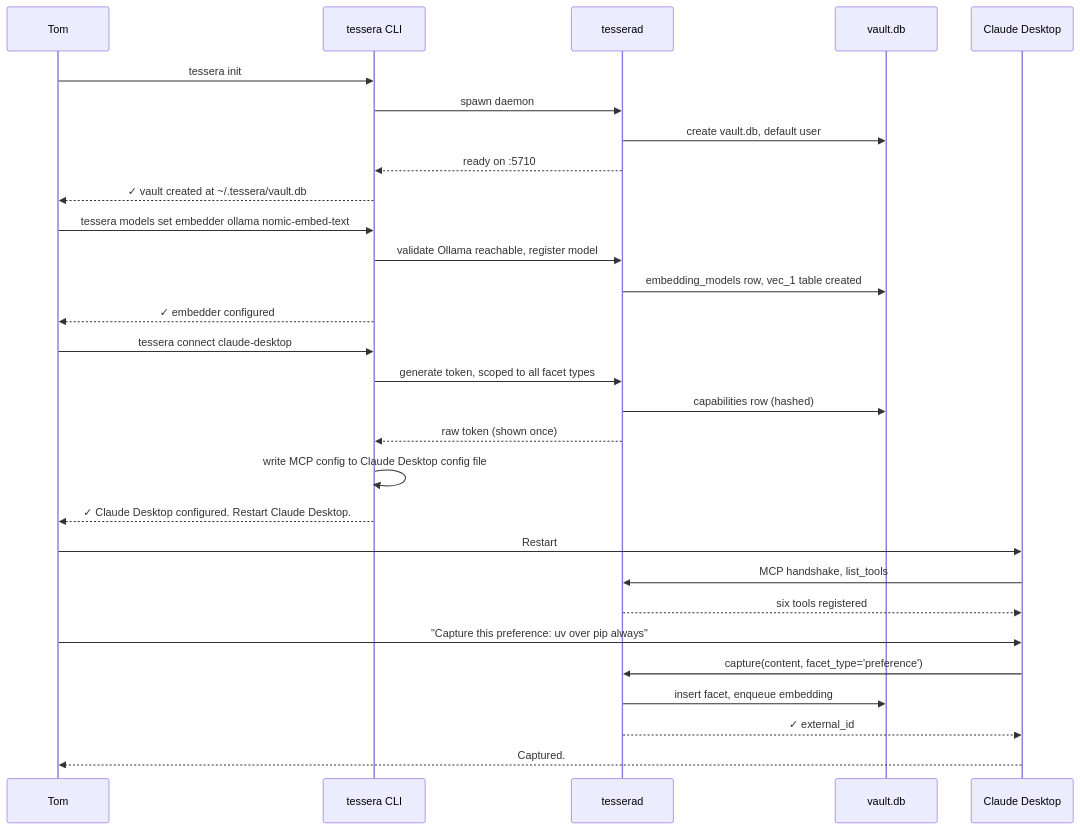
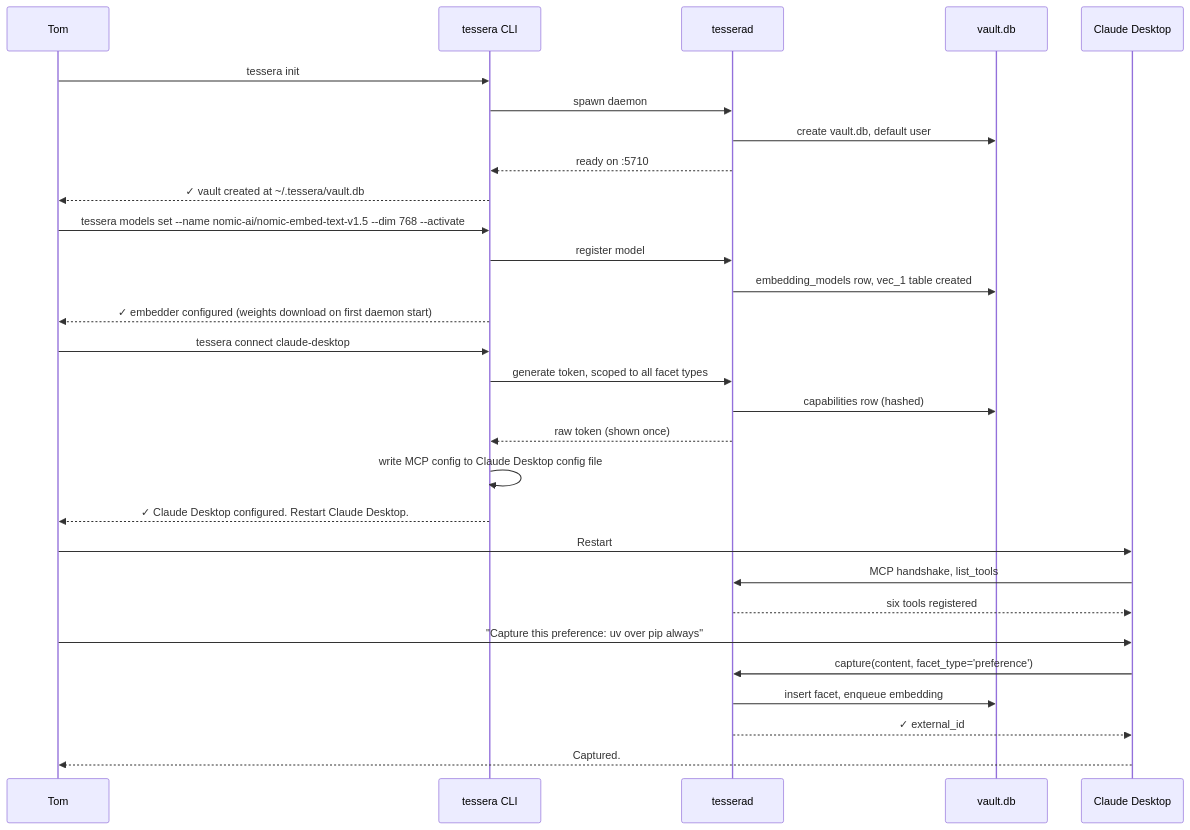
Before and after one commit to Mathews-Tom/Tessera: the fifth of 8 diagrams in docs/system-design.md, drawn with Mermaid. The commit also changed other lines of this file and 25 other files, not shown here.

````diff
--- a/docs/system-design.md
+++ b/docs/system-design.md
@@ -344,36 +340,36 @@
 ```mermaid
 sequenceDiagram
   participant User as Tom
   participant CLI as tessera CLI
   participant Daemon as tesserad
   participant Vault as vault.db
   participant Claude as Claude Desktop
 
   User->>CLI: tessera init
   CLI->>Daemon: spawn daemon
   Daemon->>Vault: create vault.db, default user
   Daemon-->>CLI: ready on :5710
   CLI-->>User: ✓ vault created at ~/.tessera/vault.db
 
-  User->>CLI: tessera models set embedder ollama nomic-embed-text
-  CLI->>Daemon: validate Ollama reachable, register model
+  User->>CLI: tessera models set --name nomic-ai/nomic-embed-text-v1.5 --dim 768 --activate
+  CLI->>Daemon: register model
   Daemon->>Vault: embedding_models row, vec_1 table created
-  CLI-->>User: ✓ embedder configured
+  CLI-->>User: ✓ embedder configured (weights download on first daemon start)
 
   User->>CLI: tessera connect claude-desktop
   CLI->>Daemon: generate token, scoped to all facet types
   Daemon->>Vault: capabilities row (hashed)
   Daemon-->>CLI: raw token (shown once)
   CLI->>CLI: write MCP config to Claude Desktop config file
   CLI-->>User: ✓ Claude Desktop configured. Restart Claude Desktop.
 
   User->>Claude: Restart
   Claude->>Daemon: MCP handshake, list_tools
   Daemon-->>Claude: six tools registered
 
   User->>Claude: "Capture this preference: uv over pip always"
   Claude->>Daemon: capture(content, facet_type='preference')
   Daemon->>Vault: insert facet, enqueue embedding
   Daemon-->>Claude: ✓ external_id
   Claude-->>User: Captured.
 ```
````
